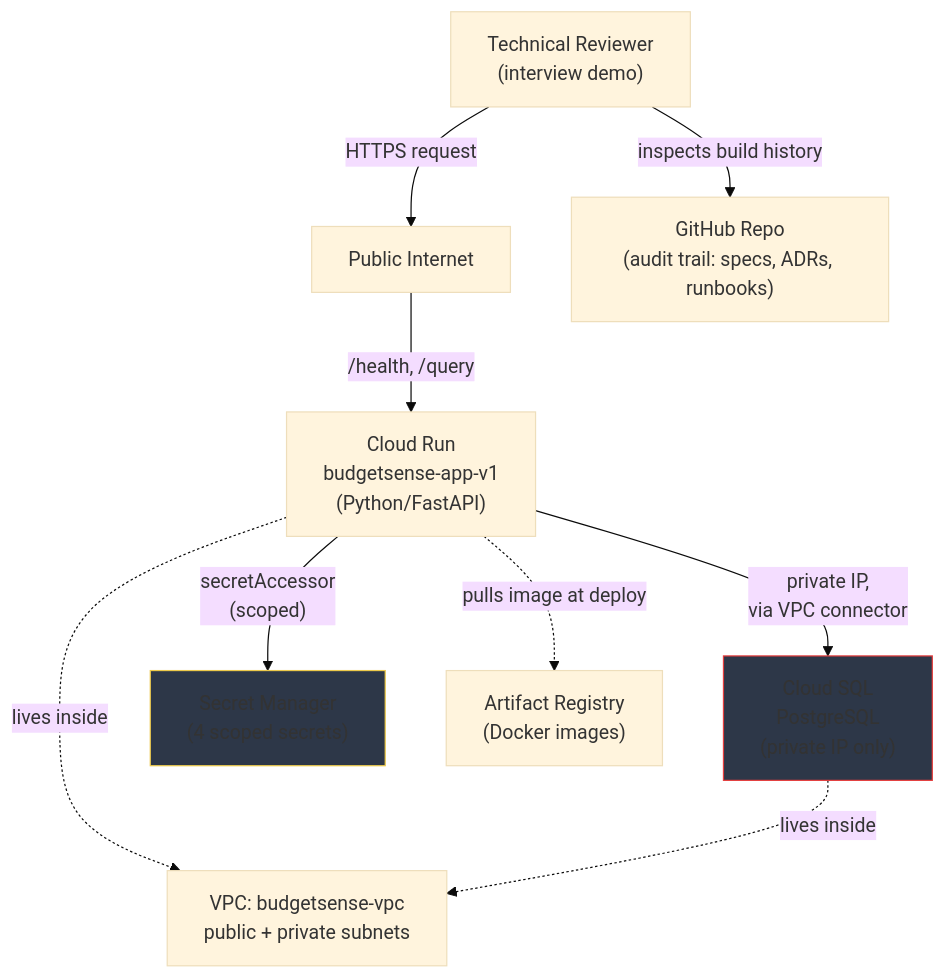
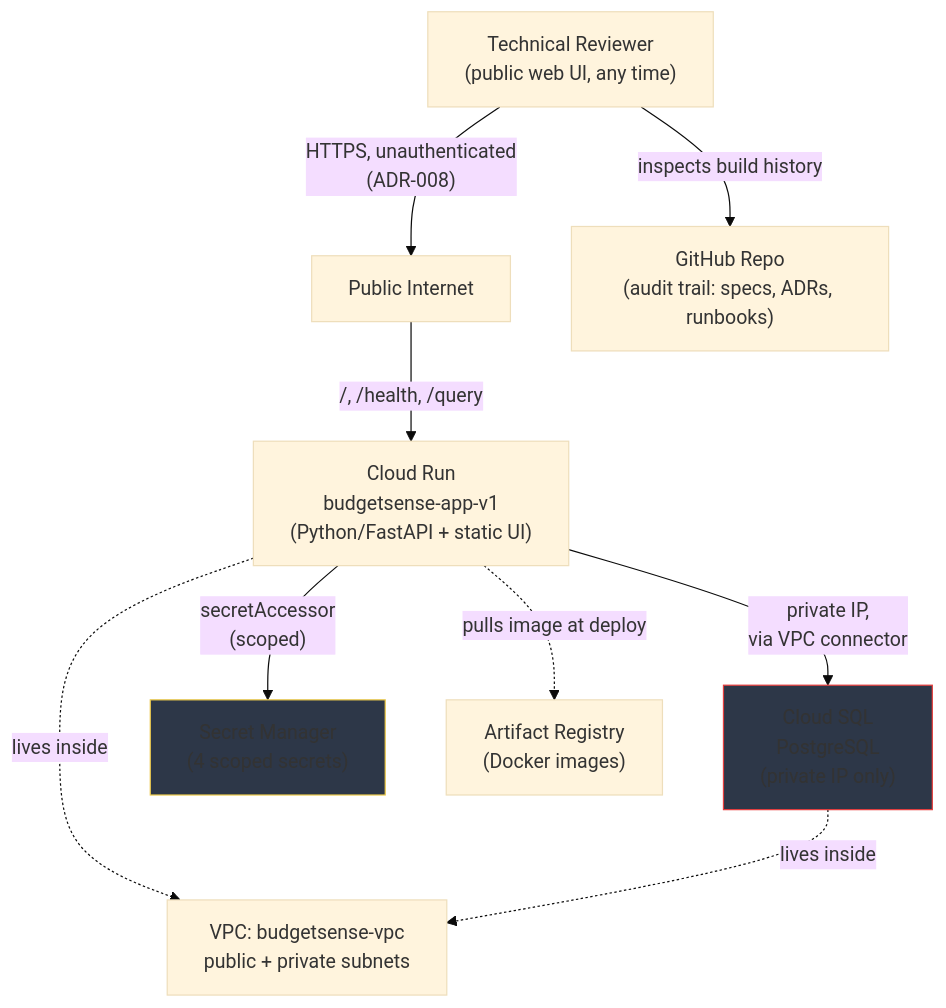
The first of 7 diagrams in docs/architecture.md (nitishbhushan2013/GCP), drawn with Mermaid (base theme) before and after one commit. The commit also changed other lines of this file and 5 other files, not shown here.

First line of the commit message:
Epic 7: document public UI decision across PRD, architecture, brief, ADRs

````diff
--- a/docs/architecture.md
+++ b/docs/architecture.md
@@ -37,23 +39,23 @@
 ```mermaid
 graph TB
-    Reviewer["Technical Reviewer<br/>(interview demo)"]
+    Reviewer["Technical Reviewer<br/>(public web UI, any time)"]
     Internet["Public Internet"]
-    CloudRun["Cloud Run<br/>budgetsense-app-v1<br/>(Python/FastAPI)"]
+    CloudRun["Cloud Run<br/>budgetsense-app-v1<br/>(Python/FastAPI + static UI)"]
     CloudSQL["Cloud SQL<br/>PostgreSQL<br/>(private IP only)"]
     SecretMgr["Secret Manager<br/>(4 scoped secrets)"]
     ArtifactReg["Artifact Registry<br/>(Docker images)"]
     VPC["VPC: budgetsense-vpc<br/>public + private subnets"]
     GitHub["GitHub Repo<br/>(audit trail: specs, ADRs, runbooks)"]
 
-    Reviewer -->|"HTTPS request"| Internet
-    Internet -->|"/health, /query"| CloudRun
+    Reviewer -->|"HTTPS, unauthenticated<br/>(ADR-008)"| Internet
+    Internet -->|"/, /health, /query"| CloudRun
     CloudRun -->|"private IP,<br/>via VPC connector"| CloudSQL
     CloudRun -->|"secretAccessor<br/>(scoped)"| SecretMgr
     CloudRun -.->|"pulls image at deploy"| ArtifactReg
     CloudRun -.->|"lives inside"| VPC
     CloudSQL -.->|"lives inside"| VPC
     Reviewer -->|"inspects build history"| GitHub
 
     style CloudSQL fill:#2d3748,stroke:#e53e3e
     style SecretMgr fill:#2d3748,stroke:#ecc94b
 ```
````
